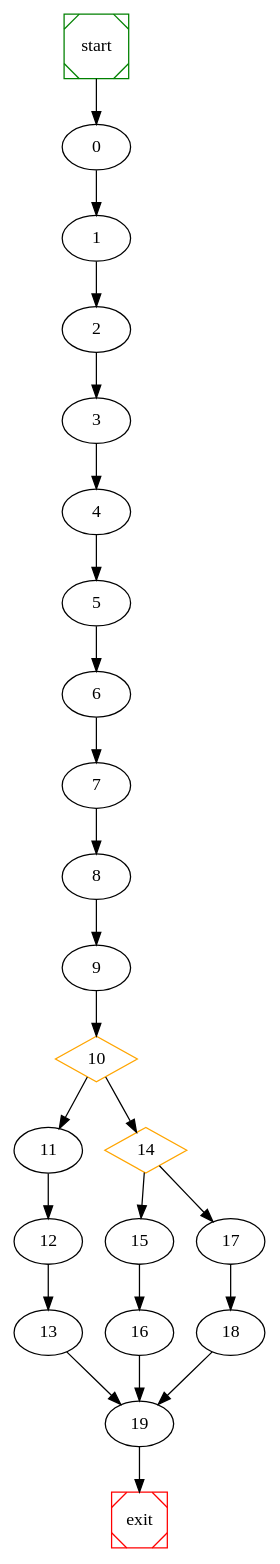
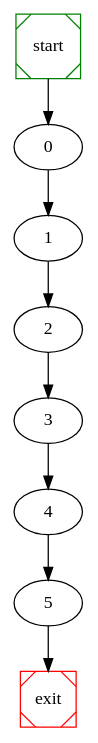
One commit to NabeelQaiser/BTP_2k18-19 changed the diagram in wpc/raw_graph.dot. Above: the diagram before and after it, drawn with Graphviz. The commit also changed 10 other files, not shown here.

```diff
--- a/wpc/raw_graph.dot
+++ b/wpc/raw_graph.dot
@@ -1,32 +1,14 @@
 # dot file created at runtime
 
 digraph G {
 	start -> 0;
 	0 -> 1 ;
 	1 -> 2 ;
 	2 -> 3 ;
 	3 -> 4 ;
 	4 -> 5 ;
-	5 -> 6 ;
-	6 -> 7 ;
-	7 -> 8 ;
-	8 -> 9 ;
-	10 [shape=diamond, color=orange] ;
-	11 -> 12 ;
-	12 -> 13 ;
-	10 -> 11 ;
-	14 [shape=diamond, color=orange] ;
-	10 -> 14 ;
-	15 -> 16 ;
-	14 -> 15 ;
-	17 -> 18 ;
-	14 -> 17 ;
-	9 -> 10 ;
-	13 -> 19 ;
-	18 -> 19 ;
-	16 -> 19 ;
-	19 -> exit;
+	5 -> exit;
 
 	start [shape=Msquare, color=green];
 	exit [shape=Msquare, color=red];
 }
```
